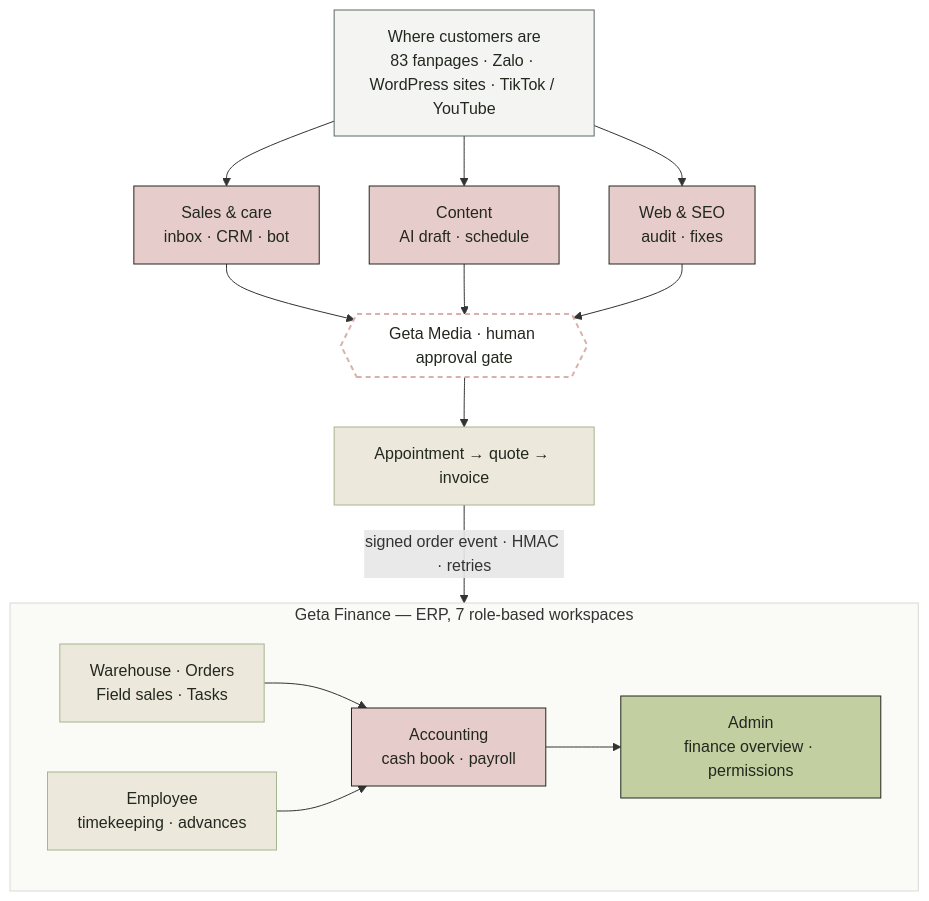
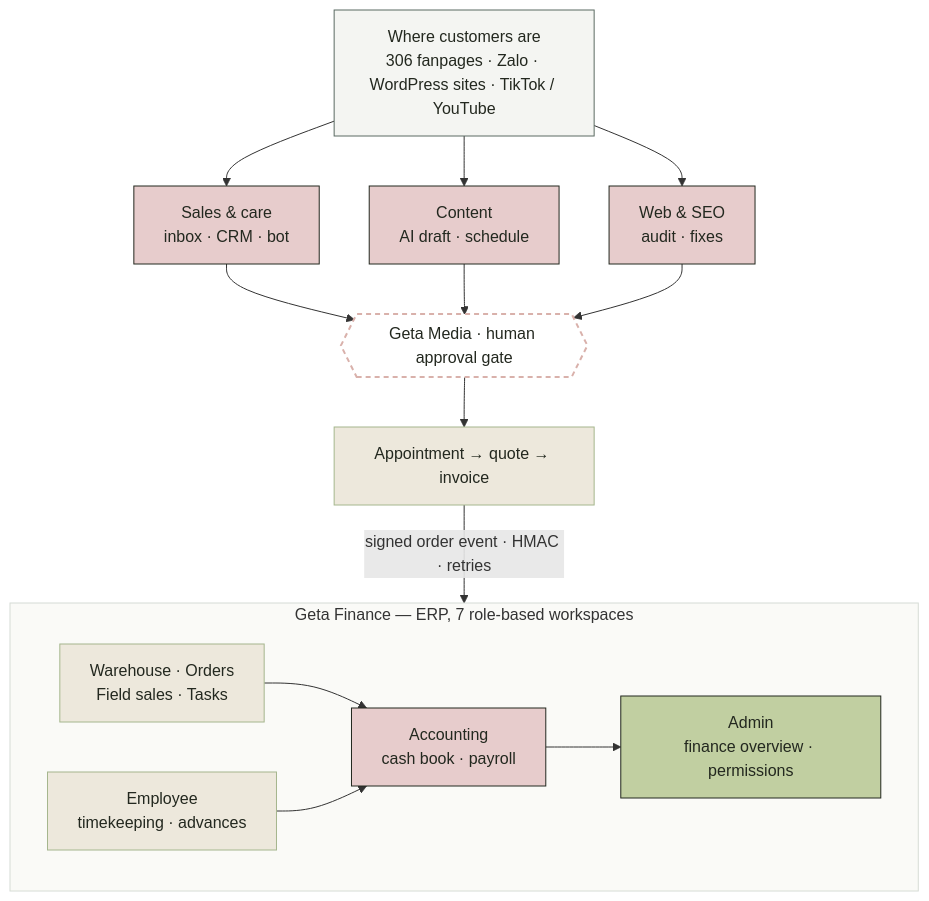
Before and after one commit to handao2303/handao2303: the second of 13 diagrams in README.md, drawn with Mermaid. The commit also changed other lines of this file and 1 other file, not shown here.

````diff
--- a/README.md
+++ b/README.md
@@ -73,26 +74,26 @@
 ```mermaid
 flowchart TB
-    CH["Where customers are<br/>83 fanpages · Zalo · WordPress sites · TikTok / YouTube"]:::in
+    CH["Where customers are<br/>306 fanpages · Zalo · WordPress sites · TikTok / YouTube"]:::in
     CH --> S["Sales & care<br/>inbox · CRM · bot"]:::hub
     CH --> C["Content<br/>AI draft · schedule"]:::hub
     CH --> W["Web & SEO<br/>audit · fixes"]:::hub
     S & C & W --> G{{"Geta Media · human approval gate"}}:::gate
     G --> O["Appointment → quote → invoice"]:::step
     O -- "signed order event · HMAC · retries" --> ERP
     subgraph ERP["Geta Finance — ERP, 7 role-based workspaces"]
       direction LR
       WH["Warehouse · Orders<br/>Field sales · Tasks"]:::step
       HR["Employee<br/>timekeeping · advances"]:::step
       AC["Accounting<br/>cash book · payroll"]:::hub
       AD["Admin<br/>finance overview · permissions"]:::out
       WH --> AC
       HR --> AC
       AC --> AD
     end
     classDef in fill:#F4F5F2,stroke:#5A6A63,color:#23281F
     classDef step fill:#EDE8DC,stroke:#A5B68D,color:#23281F
     classDef hub fill:#E7CCCC,stroke:#23281F,color:#23281F
     classDef out fill:#C1CFA1,stroke:#23281F,color:#23281F
     classDef gate fill:#FFFFFF,stroke:#D9B1AB,stroke-width:2px,stroke-dasharray:5 4,color:#23281F
     style ERP fill:#FAFAF7,stroke:#D6DCD5
 ```
````
